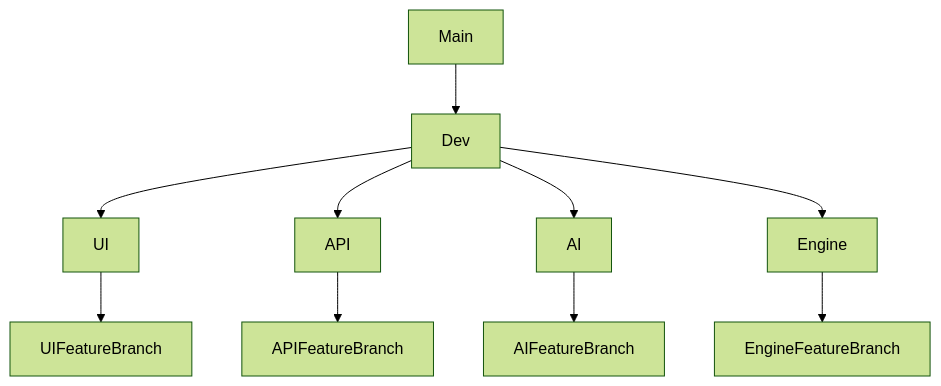
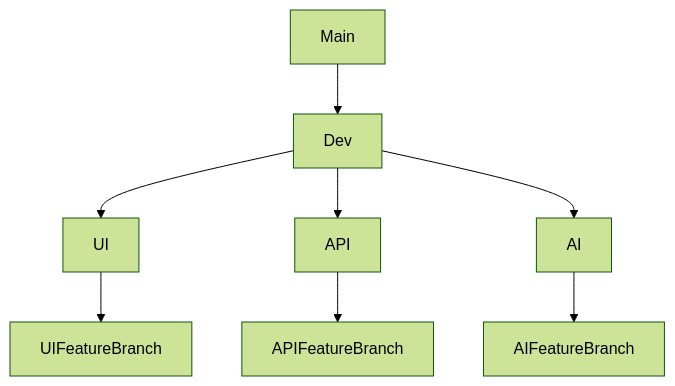
Before and after one commit to COS301-SE-2025/CV-Scanner: the diagram in README.md, drawn with Mermaid (forest theme).

````diff
--- a/README.md
+++ b/README.md
@@ -133,12 +133,10 @@
 ```mermaid
 graph TD;
     Main-->Dev;
     Dev-->UI;
     Dev-->API;
     Dev-->AI;
-    Dev-->Engine;
     UI-->UIFeatureBranch;
-    Engine-->EngineFeatureBranch;
     API-->APIFeatureBranch;
     AI-->AIFeatureBranch;
 ```
````
